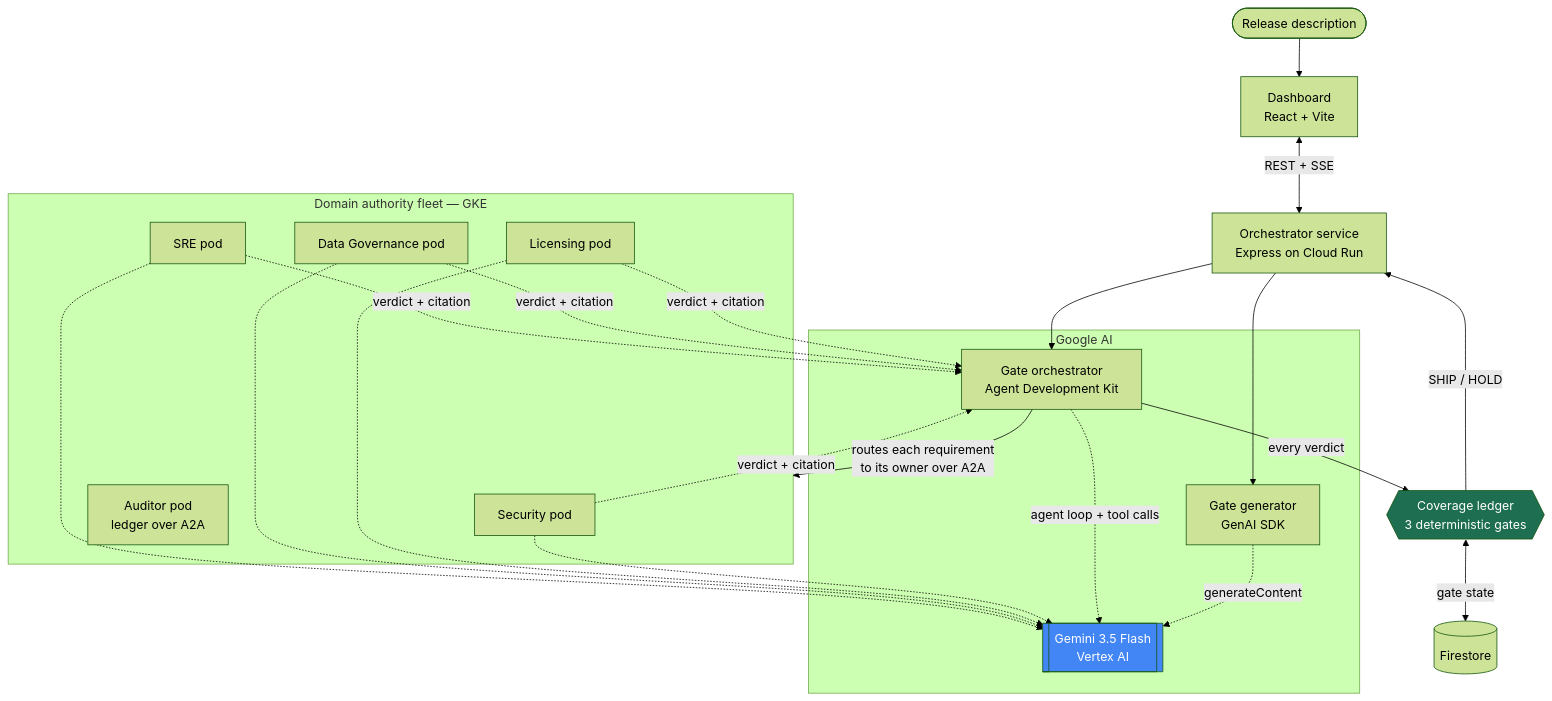
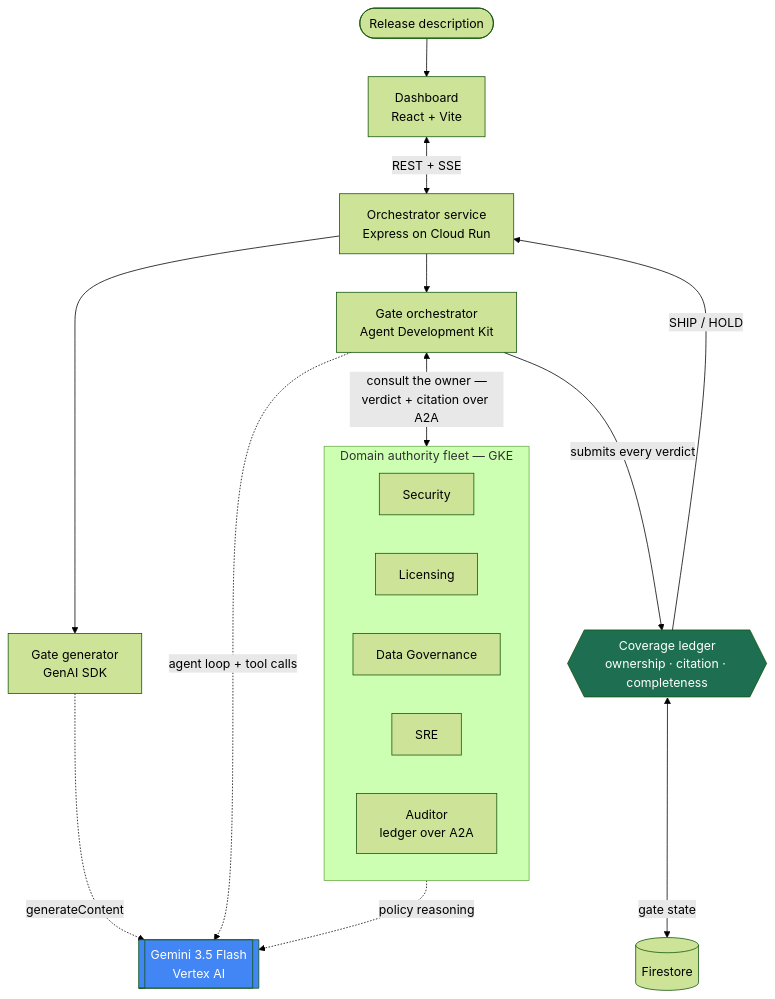
Before and after one commit to foxtrotcommunications/concurrence: the diagram in README.md, drawn with Mermaid (forest theme). The commit also changed other lines of this file, not shown here.

Commit message:
README: simplify architecture diagram
Route fleet edges through the subgraph instead of fanning out from
each pod — same information, a fraction of the crossings.

````diff
--- a/README.md
+++ b/README.md
@@ -40,36 +40,31 @@
 ```mermaid
 flowchart TB
     user([Release description]) --> ui[Dashboard<br/>React + Vite]
     ui <-->|REST + SSE| api[Orchestrator service<br/>Express on Cloud Run]
 
-    subgraph google[Google AI]
-        gen[Gate generator<br/>GenAI SDK]
-        adk[Gate orchestrator<br/>Agent Development Kit]
-        gemini[[Gemini 3.5 Flash<br/>Vertex AI]]
+    api --> gen[Gate generator<br/>GenAI SDK]
+    api --> adk[Gate orchestrator<br/>Agent Development Kit]
+
+    gen -.->|generateContent| gemini[[Gemini 3.5 Flash<br/>Vertex AI]]
+    adk -.->|agent loop + tool calls| gemini
+
+    adk <-->|consult the owner —<br/>verdict + citation over A2A| fleet
+
+    subgraph fleet[Domain authority fleet — GKE]
+        direction LR
+        sec[Security]
+        lic[Licensing]
+        dat[Data Governance]
+        sre[SRE]
+        aud[Auditor<br/>ledger over A2A]
     end
 
-    api --> gen
-    api --> adk
-    gen -.->|generateContent| gemini
-    adk -.->|agent loop + tool calls| gemini
+    fleet -.->|policy reasoning| gemini
 
-    adk -->|routes each requirement<br/>to its owner over A2A| fleet
-
-    subgraph fleet[Domain authority fleet — GKE]
-        sec[Security pod]
-        lic[Licensing pod]
-        dat[Data Governance pod]
-        sre[SRE pod]
-        aud[Auditor pod<br/>ledger over A2A]
-    end
-
-    sec & lic & dat & sre -.->|verdict + citation| adk
-    sec & lic & dat & sre -.-> gemini
-
-    adk -->|every verdict| ledger{{Coverage ledger<br/>3 deterministic gates}}
+    adk -->|submits every verdict| ledger{{Coverage ledger<br/>ownership · citation · completeness}}
     ledger <-->|gate state| fs[(Firestore)]
     ledger -->|SHIP / HOLD| api
 
     style ledger fill:#1e6e52,color:#fff
     style gemini fill:#4285f4,color:#fff
 ```
````
